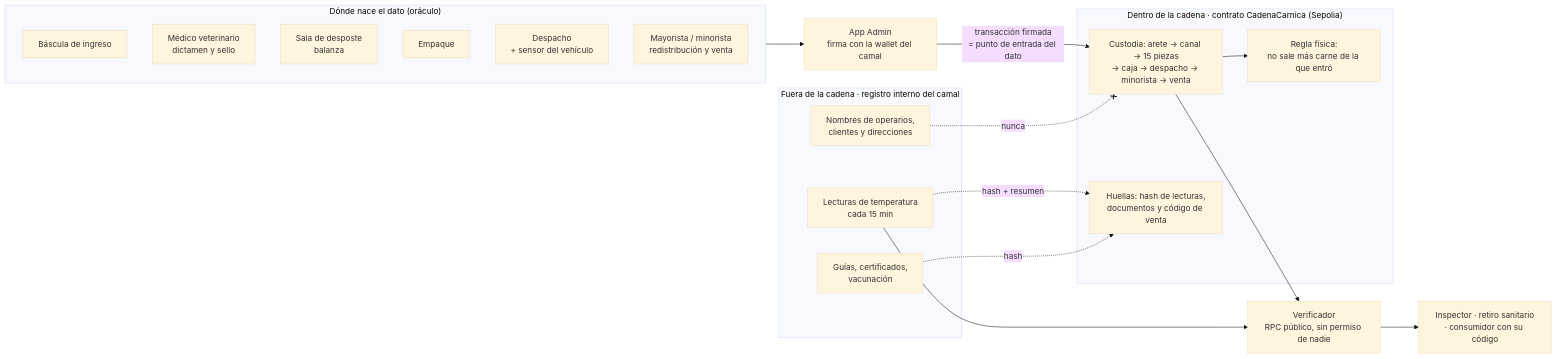
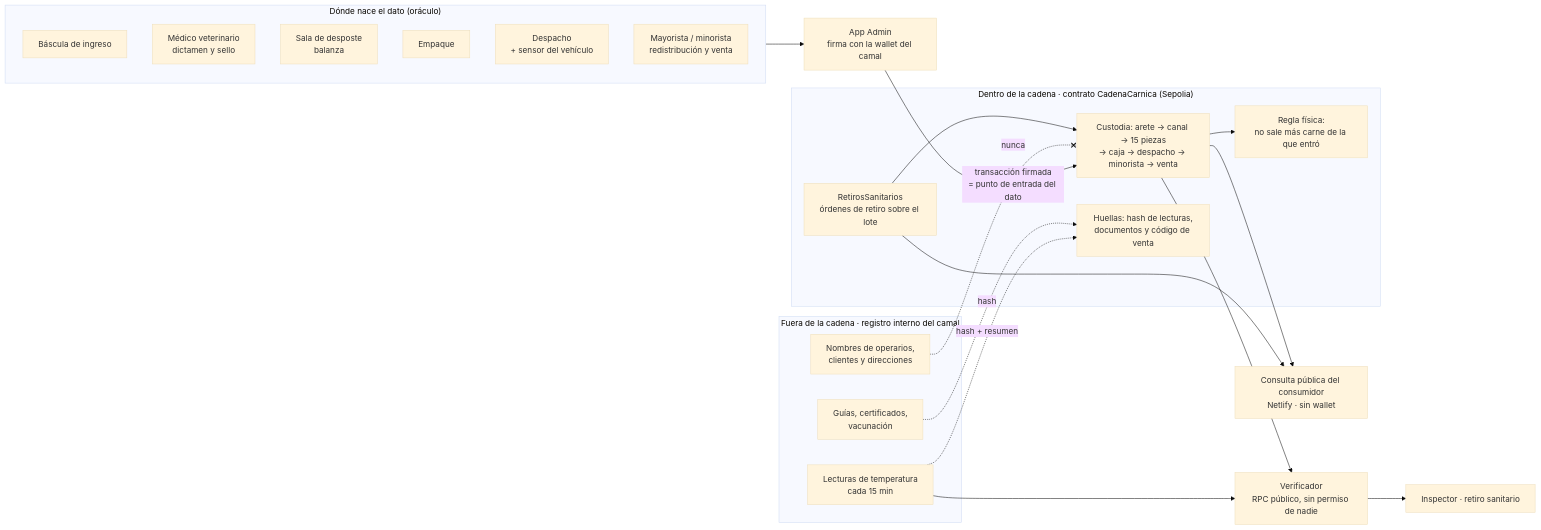
One commit to gabriel-toaquiza/Proyecto-CadenaCarnicaReto4 changed the diagram in docs/laminas.md. Above: the diagram before and after it, drawn with Mermaid (base theme). The commit also changed other lines of this file and 6 other files, not shown here.

````diff
--- a/docs/laminas.md
+++ b/docs/laminas.md
@@ -10,36 +10,40 @@
 ```mermaid
 flowchart LR
     subgraph ORIGEN["Dónde nace el dato (oráculo)"]
         B[Báscula de ingreso]
         V[Médico veterinario<br/>dictamen y sello]
         S[Sala de desposte<br/>balanza]
         E[Empaque]
         D[Despacho<br/>+ sensor del vehículo]
         M[Mayorista / minorista<br/>redistribución y venta]
     end
 
     subgraph FUERA["Fuera de la cadena · registro interno del camal"]
         N[Nombres de operarios,<br/>clientes y direcciones]
         L[Lecturas de temperatura<br/>cada 15 min]
         DOC[Guías, certificados,<br/>vacunación]
     end
 
     subgraph DENTRO["Dentro de la cadena · contrato CadenaCarnica (Sepolia)"]
         R[Custodia: arete → canal → 15 piezas<br/>→ caja → despacho → minorista → venta]
         REG[Regla física:<br/>no sale más carne de la que entró]
         H[Huellas: hash de lecturas,<br/>documentos y código de venta]
+        RS[RetirosSanitarios<br/>órdenes de retiro sobre el lote]
     end
 
     APP[App Admin<br/>firma con la wallet del camal]
     VER[Verificador<br/>RPC público, sin permiso de nadie]
 
     ORIGEN --> APP
     APP -- "transacción firmada<br/>= punto de entrada del dato" --> R
     R --> REG
     L -. hash + resumen .-> H
     DOC -. hash .-> H
     N -. nunca .-x R
     R --> VER
     L --> VER
-    VER --> J[Inspector · retiro sanitario<br/>· consumidor con su código]
+    RS --> R
+    VER --> J[Inspector · retiro sanitario]
+    RS --> CON[Consulta pública del consumidor<br/>Netlify · sin wallet]
+    R --> CON
 ```
````
